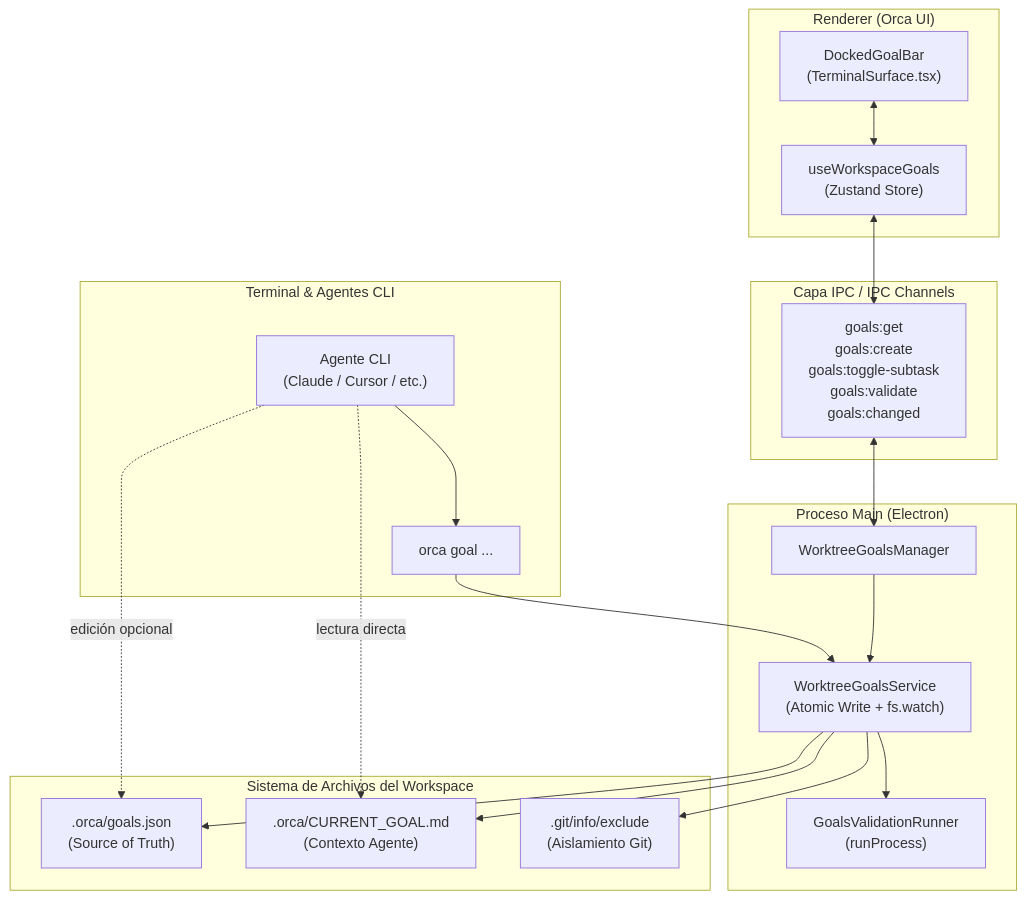
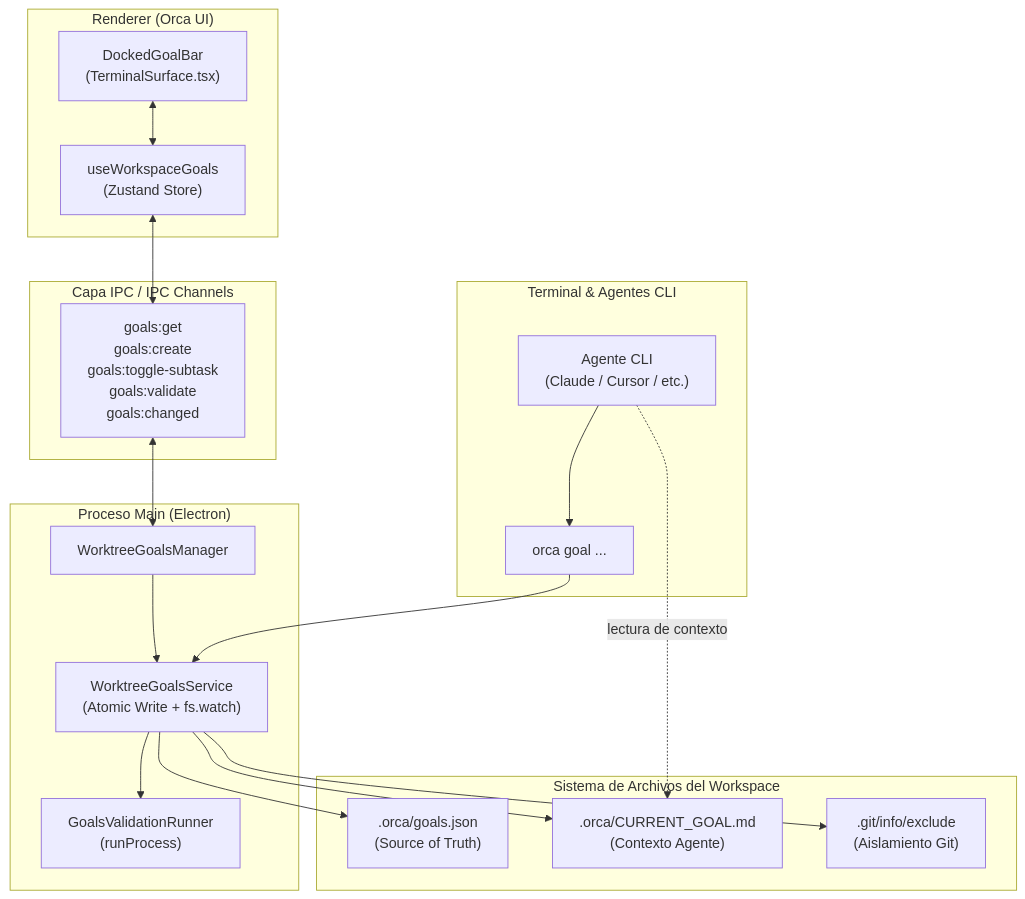
The diagram in docs/superpowers/specs/2026-10-07-local-goals-controller-design.md (gek0v/orca), drawn with Mermaid before and after one commit. The commit also changed other lines of this file, not shown here.

````diff
--- a/docs/superpowers/specs/2026-10-07-local-goals-controller-design.md
+++ b/docs/superpowers/specs/2026-10-07-local-goals-controller-design.md
@@ -19,41 +19,40 @@
 ```mermaid
 flowchart TD
     subgraph UI["Renderer (Orca UI)"]
         DGB["DockedGoalBar\n(TerminalSurface.tsx)"]
         Store["useWorkspaceGoals\n(Zustand Store)"]
         DGB <--> Store
     end
 
     subgraph IPC["Capa IPC / IPC Channels"]
         Channels["goals:get\ngoals:create\ngoals:toggle-subtask\ngoals:validate\ngoals:changed"]
     end
 
     subgraph Main["Proceso Main (Electron)"]
         Manager["WorktreeGoalsManager"]
         Service["WorktreeGoalsService\n(Atomic Write + fs.watch)"]
         Runner["GoalsValidationRunner\n(runProcess)"]
         Manager --> Service
         Service --> Runner
     end
 
     subgraph Workspace["Sistema de Archivos del Workspace"]
         JSON[".orca/goals.json\n(Source of Truth)"]
         MD[".orca/CURRENT_GOAL.md\n(Contexto Agente)"]
         GitExclude[".git/info/exclude\n(Aislamiento Git)"]
         Service --> JSON
         Service --> MD
         Service --> GitExclude
     end
 
     subgraph CLI["Terminal & Agentes CLI"]
         Agent["Agente CLI\n(Claude / Cursor / etc.)"]
         OrcaCLI["orca goal ..."]
         Agent --> OrcaCLI
         OrcaCLI --> Service
-        Agent -. lectura directa .-> MD
-        Agent -. edición opcional .-> JSON
+        Agent -. lectura de contexto .-> MD
     end
 
     Store <--> Channels
     Channels <--> Manager
 ```
````
